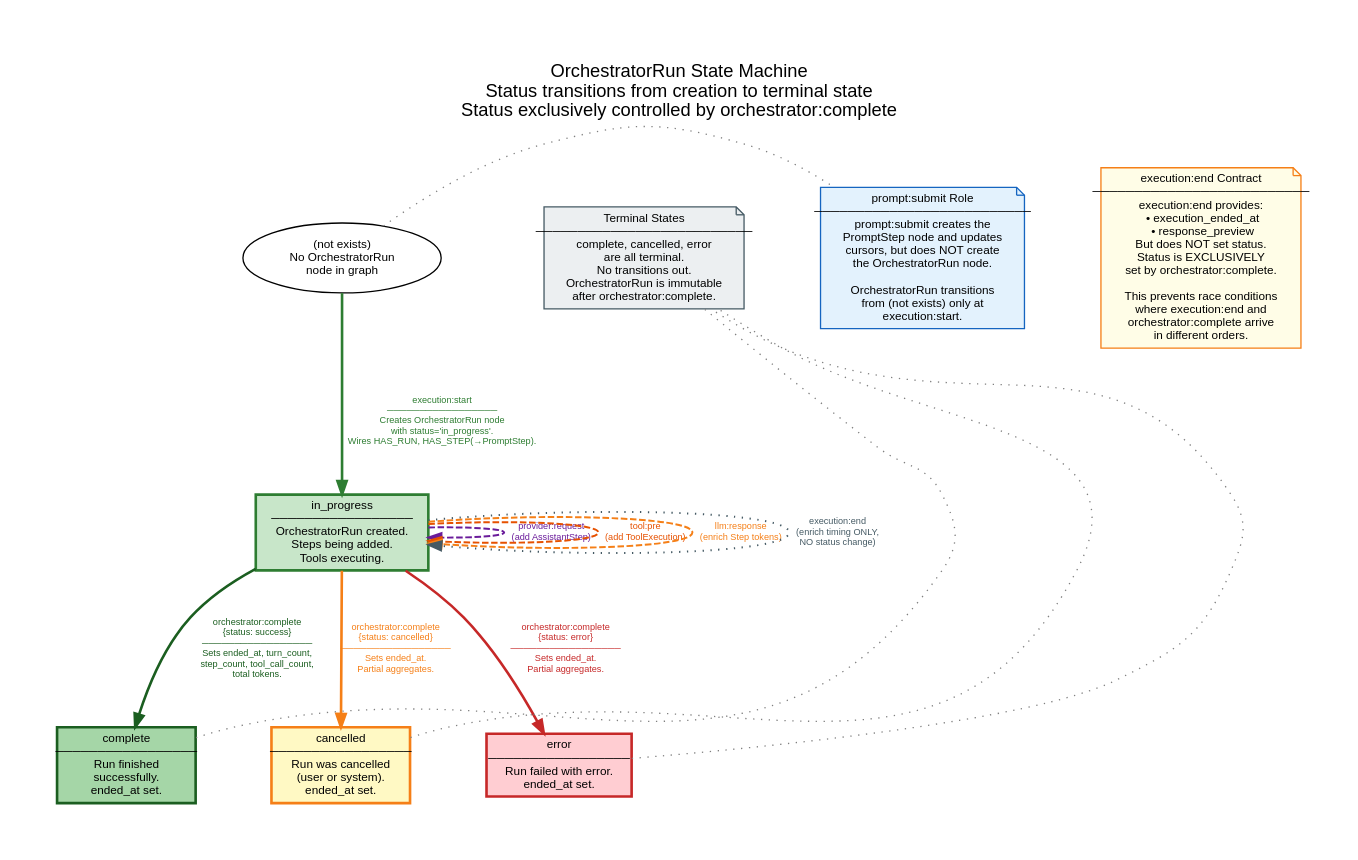
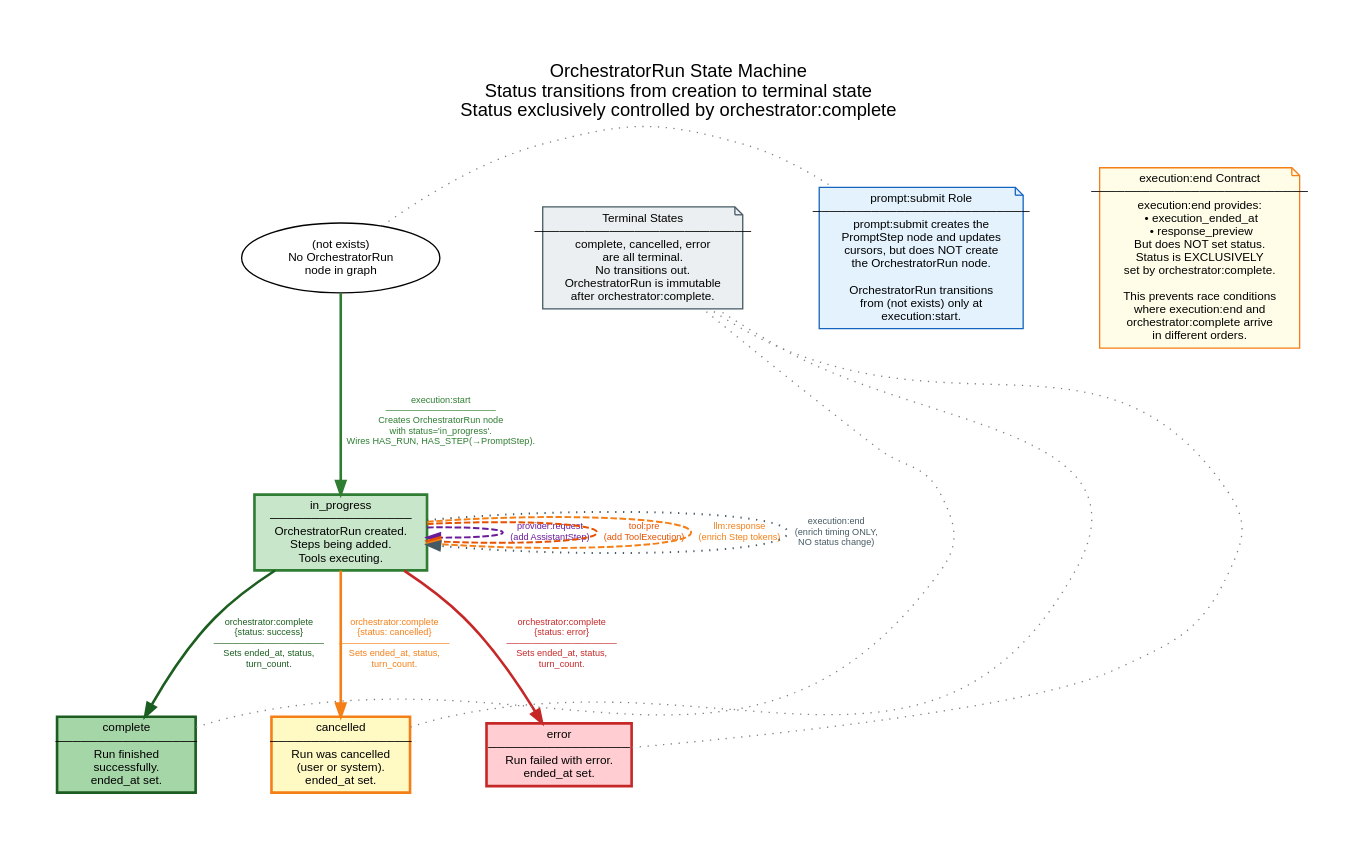
Before and after one commit to microsoft/amplifier-bundle-context-intelligence: the diagram in context/orchestrator-run-states.dot, drawn with Graphviz. The commit also changed 9 other files, not shown here.

Commit message:
fix: correct 18 DOT diagram inaccuracies + add real-session integration tests (22 tests from session 44be6956)

```diff
--- a/context/orchestrator-run-states.dot
+++ b/context/orchestrator-run-states.dot
@@ -1,105 +1,105 @@
 // OrchestratorRun State Machine
 // Context-Intelligence Bundle
 //
 // Status transitions from creation to terminal state.
 // Status is exclusively controlled by orchestrator:complete.
 // execution:end provides timing enrichment but does NOT change status.
 //
 // Aligned with 11-navigation-graph-model.dot N2 node:
 //   status: complete|cancelled|error|in_progress
 //
 // Render: dot -Tsvg orchestrator-run-states.dot -o orchestrator-run-states.svg
 //         dot -Tpng orchestrator-run-states.dot -o orchestrator-run-states.png
 
 digraph OrchestratorRunStates {
     rankdir=TB;
     fontname="Helvetica";
     fontsize=14;
     labelloc=t;
     label="OrchestratorRun State Machine\nStatus transitions from creation to terminal state\nStatus exclusively controlled by orchestrator:complete";
     nodesep=0.8;
     ranksep=1.0;
     pad=0.5;
 
     node [fontname="Helvetica", fontsize=9];
     edge [fontname="Helvetica", fontsize=7];
 
     // ═══════════════════════════════════════════════════════════════
     // STATES
     // ═══════════════════════════════════════════════════════════════
 
     not_exists [label="(not exists)\nNo OrchestratorRun\nnode in graph" shape=oval];
 
     in_progress [label="in_progress\n─────────────────\nOrchestratorRun created.\nSteps being added.\nTools executing."
                   shape=box style=filled fillcolor="#C8E6C9" color="#2E7D32" penwidth=2];
 
     complete [label="complete\n─────────────────\nRun finished\nsuccessfully.\nended_at set."
               shape=box style=filled fillcolor="#A5D6A7" color="#1B5E20" penwidth=2];
 
     cancelled [label="cancelled\n─────────────────\nRun was cancelled\n(user or system).\nended_at set."
                 shape=box style=filled fillcolor="#FFF9C4" color="#F57F17" penwidth=2];
 
     error [label="error\n─────────────────\nRun failed with error.\nended_at set."
             shape=box style=filled fillcolor="#FFCDD2" color="#C62828" penwidth=2];
 
     // ═══════════════════════════════════════════════════════════════
     // TRANSITIONS
     // ═══════════════════════════════════════════════════════════════
 
     // Creation
     not_exists -> in_progress [label="execution:start\n─────────────────\nCreates OrchestratorRun node\nwith status='in_progress'.\nWires HAS_RUN, HAS_STEP(→PromptStep)."
                                 color="#2E7D32" fontcolor="#2E7D32" penwidth=2];
 
     // Self-transitions (enrichment, no status change)
     in_progress -> in_progress [label="provider:request\n(add AssistantStep)"
                                  color="#6A1B9A" fontcolor="#6A1B9A"
                                  penwidth=1.5 style=dashed];
 
     in_progress -> in_progress [label="tool:pre\n(add ToolExecution)"
                                  color="#E65100" fontcolor="#E65100"
                                  penwidth=1.5 style=dashed];
 
     in_progress -> in_progress [label="llm:response\n(enrich Step tokens)"
                                  color="#F57F17" fontcolor="#F57F17"
                                  penwidth=1.5 style=dashed];
 
     in_progress -> in_progress [label="execution:end\n(enrich timing ONLY,\nNO status change)"
                                  color="#455A64" fontcolor="#455A64"
                                  penwidth=1.5 style=dotted];
 
     // Terminal transitions (all via orchestrator:complete)
-    in_progress -> complete [label="orchestrator:complete\n{status: success}\n─────────────────\nSets ended_at, turn_count,\nstep_count, tool_call_count,\ntotal tokens."
+    in_progress -> complete [label="orchestrator:complete\n{status: success}\n─────────────────\nSets ended_at, status,\nturn_count."
                               color="#1B5E20" fontcolor="#1B5E20" penwidth=2];
 
-    in_progress -> cancelled [label="orchestrator:complete\n{status: cancelled}\n─────────────────\nSets ended_at.\nPartial aggregates."
+    in_progress -> cancelled [label="orchestrator:complete\n{status: cancelled}\n─────────────────\nSets ended_at, status,\nturn_count."
                                color="#F57F17" fontcolor="#F57F17" penwidth=2];
 
-    in_progress -> error [label="orchestrator:complete\n{status: error}\n─────────────────\nSets ended_at.\nPartial aggregates."
+    in_progress -> error [label="orchestrator:complete\n{status: error}\n─────────────────\nSets ended_at, status,\nturn_count."
                            color="#C62828" fontcolor="#C62828" penwidth=2];
 
     // ═══════════════════════════════════════════════════════════════
     // NOTES
     // ═══════════════════════════════════════════════════════════════
 
     node [shape=note, style=filled, penwidth=1];
 
     note_terminal [label="Terminal States\n──────────────────────────\ncomplete, cancelled, error\nare all terminal.\nNo transitions out.\nOrchestratorRun is immutable\nafter orchestrator:complete."
                     fillcolor="#ECEFF1" color="#455A64"];
 
     note_exec_end [label="execution:end Contract\n──────────────────────────\nexecution:end provides:\n  • execution_ended_at\n  • response_preview\nBut does NOT set status.\nStatus is EXCLUSIVELY\nset by orchestrator:complete.\n\nThis prevents race conditions\nwhere execution:end and\norchestrator:complete arrive\nin different orders."
                     fillcolor="#FFFDE7" color="#F57F17"];
 
     note_prompt [label="prompt:submit Role\n──────────────────────────\nprompt:submit creates the\nPromptStep node and updates\ncursors, but does NOT create\nthe OrchestratorRun node.\n\nOrchestratorRun transitions\nfrom (not exists) only at\nexecution:start."
                   fillcolor="#E3F2FD" color="#1565C0"];
 
     // Annotation links
     complete -> note_terminal [style=dotted color=gray arrowhead=none constraint=false];
     cancelled -> note_terminal [style=dotted color=gray arrowhead=none constraint=false];
     error -> note_terminal [style=dotted color=gray arrowhead=none constraint=false];
 
     not_exists -> note_prompt [style=dotted color=gray arrowhead=none constraint=false];
 
     // Layout hints
     {rank=same; complete; cancelled; error}
     {rank=same; note_exec_end; note_terminal}
 }
```
